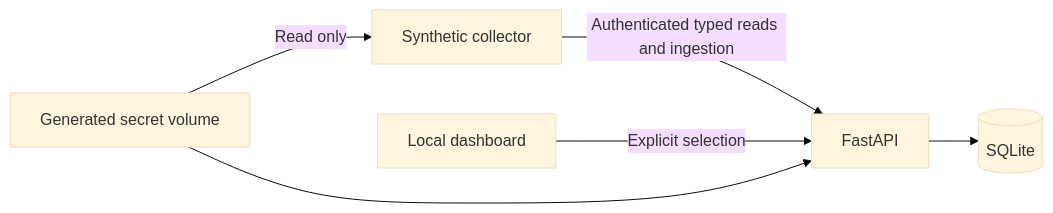
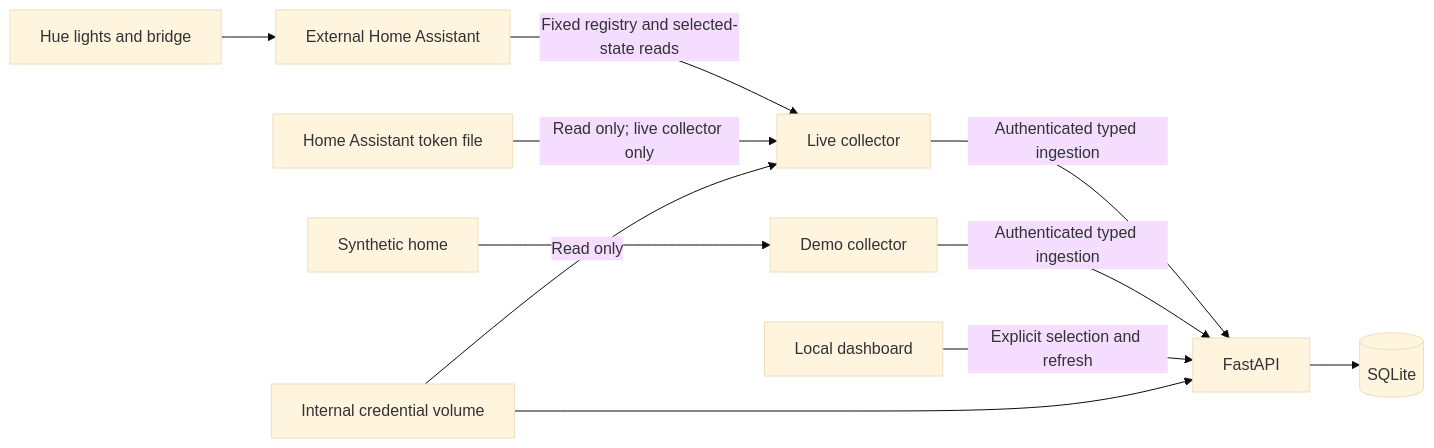
Before and after one commit to alitaghub/home-keeper: the diagram in README.md, drawn with Mermaid (base theme). The commit also changed other lines of this file and 17 other files, not shown here.

Commit message:
feat: collect selected Hue states through Home Assistant

````diff
--- a/README.md
+++ b/README.md
@@ -65,8 +142,13 @@
 ```mermaid
 flowchart LR
-    C[Synthetic collector] -->|Authenticated typed reads and ingestion| A[FastAPI]
+    H[Hue lights and bridge] --> HA[External Home Assistant]
+    HA -->|Fixed registry and selected-state reads| C[Live collector]
+    D[Synthetic home] --> DC[Demo collector]
+    C -->|Authenticated typed ingestion| A[FastAPI]
+    DC -->|Authenticated typed ingestion| A
     A --> S[(SQLite)]
-    B[Local dashboard] -->|Explicit selection| A
-    V[Generated secret volume] --> A
+    B[Local dashboard] -->|Explicit selection and refresh| A
+    T[Home Assistant token file] -->|Read only; live collector only| C
+    V[Internal credential volume] --> A
     V -->|Read only| C
 ```
````
